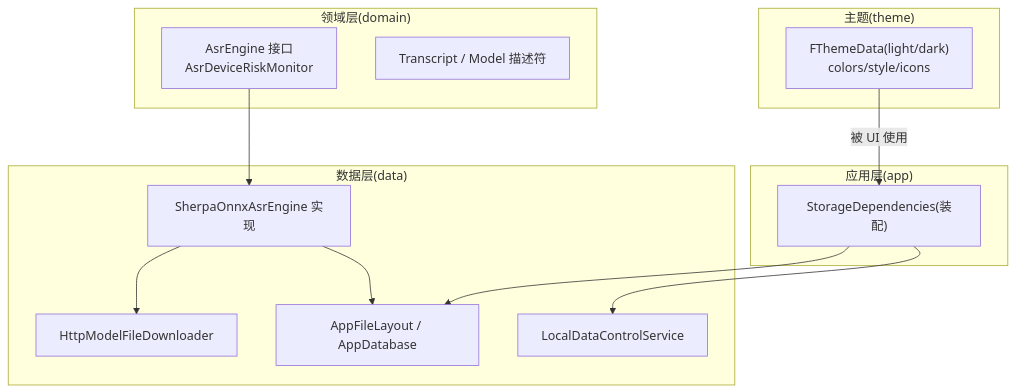
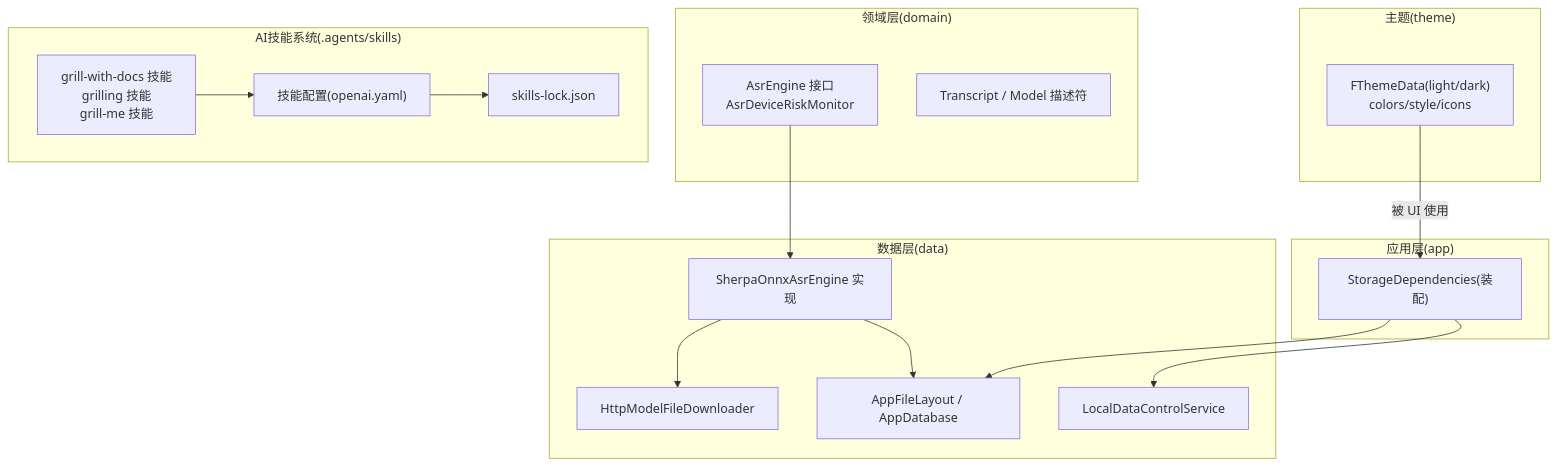
One commit to zhangheng2022/meet_trace changed the first of 11 diagrams in .qoder/repowiki/zh/content/开发者指南/扩展开发指南.md. Above: the diagram before and after it, drawn with Mermaid. The commit also changed other lines of this file and 111 other files, not shown here.

````diff
--- a/.qoder/repowiki/zh/content/开发者指南/扩展开发指南.md
+++ b/.qoder/repowiki/zh/content/开发者指南/扩展开发指南.md
@@ -44,25 +59,32 @@
 ```mermaid
 graph TB
 subgraph "领域层(domain)"
 A["AsrEngine 接口<br/>AsrDeviceRiskMonitor"]
 B["Transcript / Model 描述符"]
 end
 subgraph "数据层(data)"
 C["SherpaOnnxAsrEngine 实现"]
 D["HttpModelFileDownloader"]
 E["LocalDataControlService"]
 F["AppFileLayout / AppDatabase"]
 end
 subgraph "应用层(app)"
 G["StorageDependencies(装配)"]
 end
 subgraph "主题(theme)"
 H["FThemeData(light/dark)<br/>colors/style/icons"]
 end
+subgraph "AI技能系统(.agents/skills)"
+I["grill-with-docs 技能<br/>grilling 技能<br/>grill-me 技能"]
+J["技能配置(openai.yaml)"]
+K["skills-lock.json"]
+end
 A --> C
 C --> D
 C --> F
 G --> F
 G --> E
 H --> |被 UI 使用| G
+I --> J
+J --> K
 ```
````
